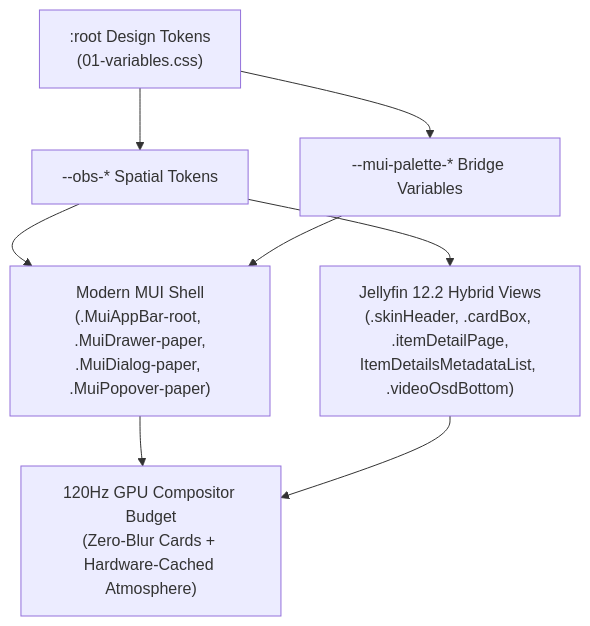
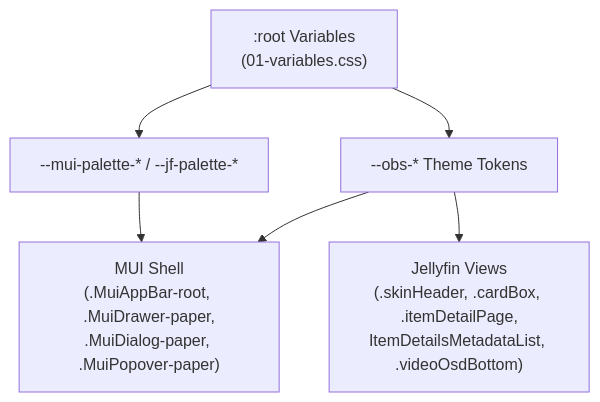
The diagram in docs/architecture.md (McEveritts/Obsidian), drawn with Mermaid before and after one commit. The commit also changed other lines of this file and 22 other files, not shown here.

````diff
--- a/docs/architecture.md
+++ b/docs/architecture.md
@@ -33,10 +18,8 @@
 ```mermaid
 flowchart TD
-    Root[":root Design Tokens<br/>(01-variables.css)"] --> TokensObs["--obs-* Spatial Tokens"]
-    Root --> TokensMui["--mui-palette-* Bridge Variables"]
-    TokensObs --> ShellMUI["Modern MUI Shell<br/>(.MuiAppBar-root, .MuiDrawer-paper,<br/>.MuiDialog-paper, .MuiPopover-paper)"]
+    Root[":root Variables<br/>(01-variables.css)"] --> TokensObs["--obs-* Theme Tokens"]
+    Root --> TokensMui["--mui-palette-* / --jf-palette-*"]
+    TokensObs --> ShellMUI["MUI Shell<br/>(.MuiAppBar-root, .MuiDrawer-paper,<br/>.MuiDialog-paper, .MuiPopover-paper)"]
     TokensMui --> ShellMUI
-    TokensObs --> ShellHybrid["Jellyfin 12.2 Hybrid Views<br/>(.skinHeader, .cardBox, .itemDetailPage,<br/>ItemDetailsMetadataList, .videoOsdBottom)"]
-    ShellMUI --> GPU["120Hz GPU Compositor Budget<br/>(Zero-Blur Cards + Hardware-Cached Atmosphere)"]
-    ShellHybrid --> GPU
+    TokensObs --> ShellHybrid["Jellyfin Views<br/>(.skinHeader, .cardBox, .itemDetailPage,<br/>ItemDetailsMetadataList, .videoOsdBottom)"]
 ```
````
